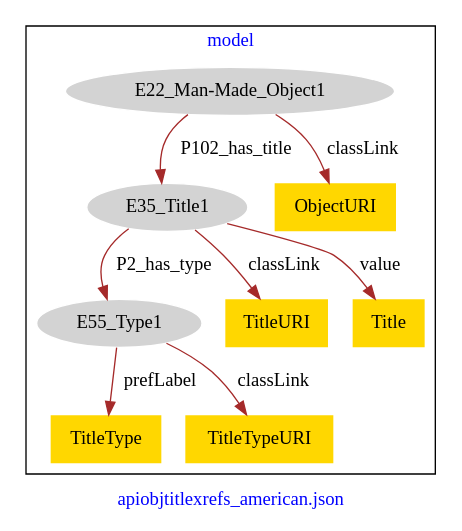
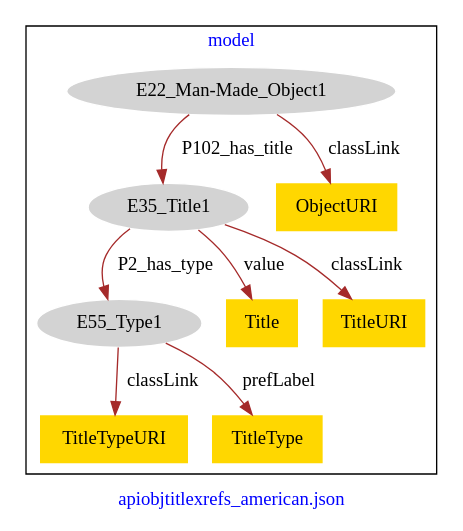
One commit to american-art/PUAM changed the diagram in apiobjtitlexrefs_american/apiobjtitlexrefs_american-other_titles-model.dot. Above: the diagram before and after it, drawn with Graphviz.

Commit message:
Update file apiobjtitlexrefs_american-other_titles-model.dot

```diff
--- a/apiobjtitlexrefs_american/apiobjtitlexrefs_american-other_titles-model.dot
+++ b/apiobjtitlexrefs_american/apiobjtitlexrefs_american-other_titles-model.dot
@@ -1,23 +1,23 @@
 digraph n0 {
 fontcolor="blue"
 remincross="true"
 label="apiobjtitlexrefs_american.json"
 subgraph cluster {
 label="model"
 n2[style="filled",color="white",fillcolor="lightgray",label="E22_Man-Made_Object1"];
 n3[style="filled",color="white",fillcolor="lightgray",label="E35_Title1"];
 n4[style="filled",color="white",fillcolor="lightgray",label="E55_Type1"];
-n5[shape="plaintext",style="filled",fillcolor="gold",label="TitleURI"];
+n5[shape="plaintext",style="filled",fillcolor="gold",label="Title"];
 n6[shape="plaintext",style="filled",fillcolor="gold",label="ObjectURI"];
-n7[shape="plaintext",style="filled",fillcolor="gold",label="TitleType"];
-n8[shape="plaintext",style="filled",fillcolor="gold",label="Title"];
-n9[shape="plaintext",style="filled",fillcolor="gold",label="TitleTypeURI"];
+n7[shape="plaintext",style="filled",fillcolor="gold",label="TitleTypeURI"];
+n8[shape="plaintext",style="filled",fillcolor="gold",label="TitleURI"];
+n9[shape="plaintext",style="filled",fillcolor="gold",label="TitleType"];
 }
 n2 -> n3[color="brown",fontcolor="black",label="P102_has_title"]
 n3 -> n4[color="brown",fontcolor="black",label="P2_has_type"]
-n3 -> n5[color="brown",fontcolor="black",label="classLink"]
+n3 -> n5[color="brown",fontcolor="black",label="value"]
 n2 -> n6[color="brown",fontcolor="black",label="classLink"]
-n4 -> n7[color="brown",fontcolor="black",label="prefLabel"]
-n3 -> n8[color="brown",fontcolor="black",label="value"]
-n4 -> n9[color="brown",fontcolor="black",label="classLink"]
+n4 -> n7[color="brown",fontcolor="black",label="classLink"]
+n3 -> n8[color="brown",fontcolor="black",label="classLink"]
+n4 -> n9[color="brown",fontcolor="black",label="prefLabel"]
 }
```
